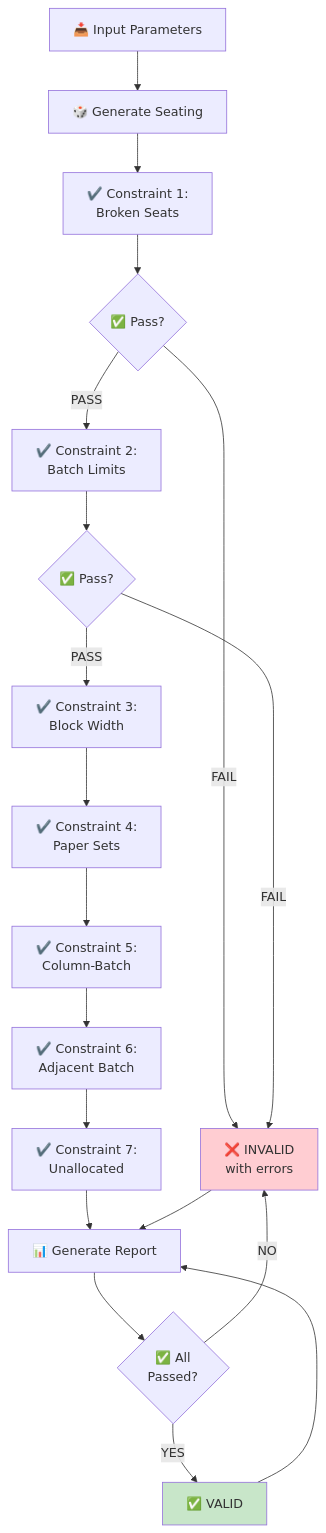
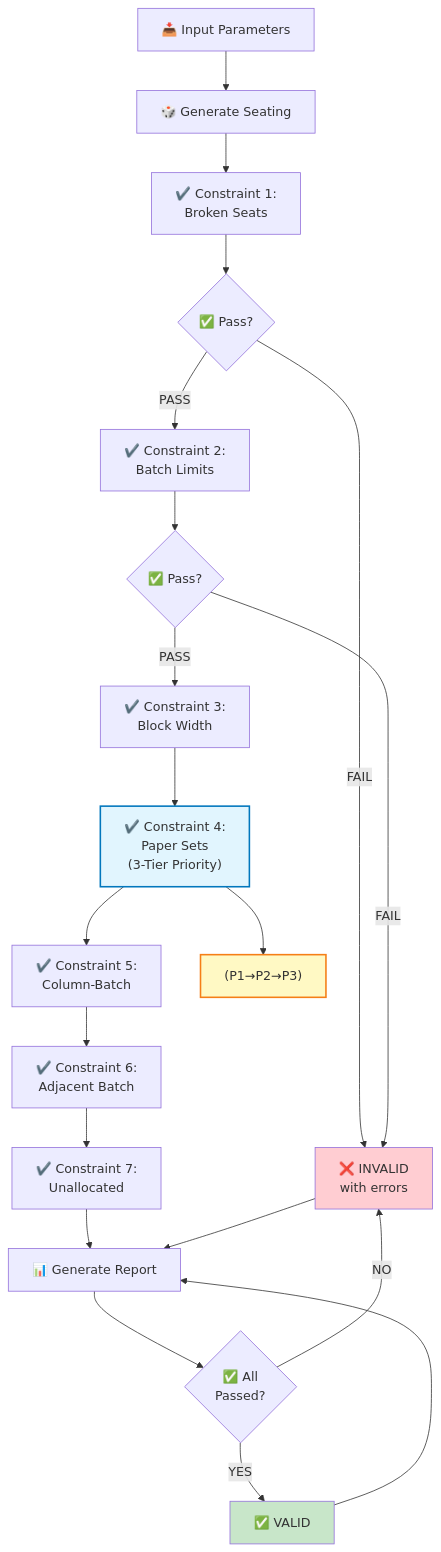
Before and after one commit to Harshit7623/seat-allocation-sys: the sixth of 6 diagrams in algo/Details/ALGORITHM_DOCUMENTATION.md, drawn with Mermaid. The commit also changed other lines of this file and 4 other files, not shown here.

Commit message:
modified:   algo/Details/ALGORITHM_DOCUMENTATION.md 	modified:   algo/Details/ARCHITECTURE.md 	modified:   algo/Details/QUICK_REFERENCE.md 	modified:   algo/Details/README.md 	modified:   algo/Details/VISUAL_INDEX.md

````diff
--- a/algo/Details/ALGORITHM_DOCUMENTATION.md
+++ b/algo/Details/ALGORITHM_DOCUMENTATION.md
@@ -898,32 +934,36 @@
 ```mermaid
 flowchart TD
     A["📥 Input Parameters"]
     B["🎲 Generate Seating"]
     C["✔️ Constraint 1:<br/>Broken Seats"]
     D{"✅ Pass?"}
     E["✔️ Constraint 2:<br/>Batch Limits"]
     F{"✅ Pass?"}
     G["✔️ Constraint 3:<br/>Block Width"]
-    H["✔️ Constraint 4:<br/>Paper Sets"]
+    H["✔️ Constraint 4:<br/>Paper Sets<br/>(3-Tier Priority)"]
     I["✔️ Constraint 5:<br/>Column-Batch"]
     J["✔️ Constraint 6:<br/>Adjacent Batch"]
     K["✔️ Constraint 7:<br/>Unallocated"]
     L["📊 Generate Report"]
     M{"✅ All<br/>Passed?"}
     N["✅ VALID"]
     O["❌ INVALID<br/>with errors"]
+    P["(P1→P2→P3)"]
     
     A --> B --> C --> D
     D -->|FAIL| O
     D -->|PASS| E --> F
     F -->|FAIL| O
     F -->|PASS| G --> H --> I --> J --> K
+    H --> P
     K --> L --> M
     M -->|YES| N
     M -->|NO| O
     N --> L
     O --> L
     
+    style P fill:#fff9c4,stroke:#f57f17,stroke-width:2px
+    style H fill:#e1f5fe,stroke:#0277bd,stroke-width:2px
     style N fill:#c8e6c9
     style O fill:#ffcdd2
 ```
````
